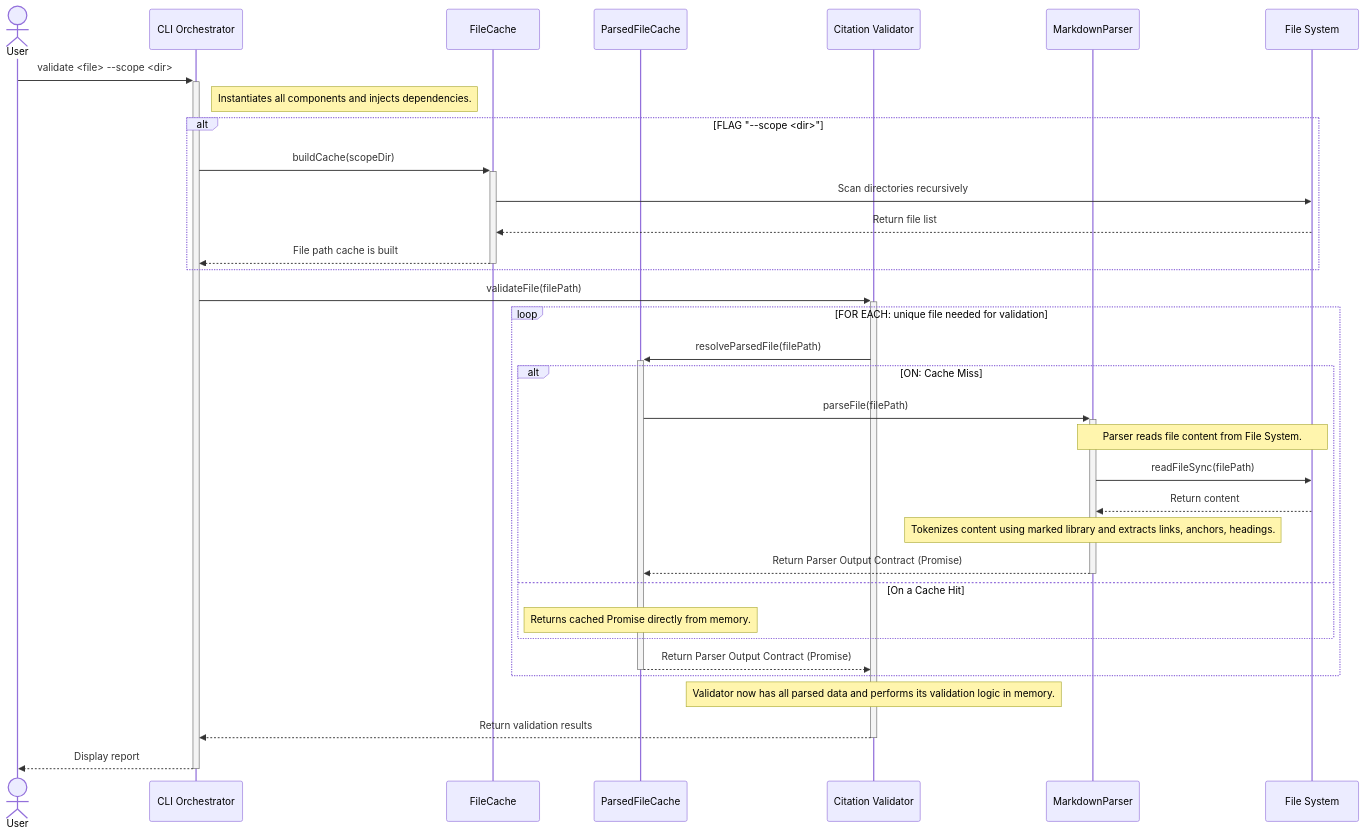
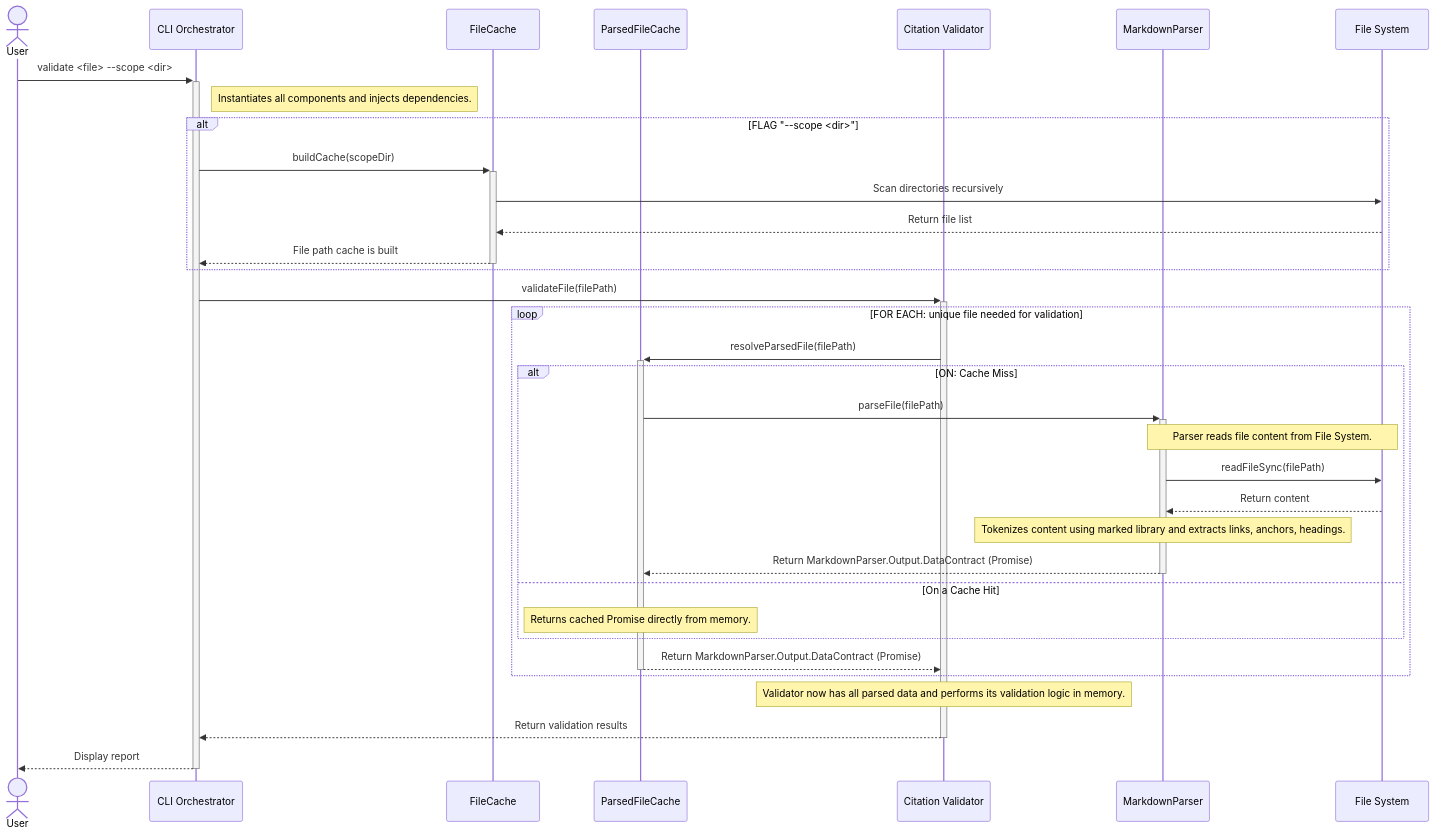
The second of 3 diagrams in tools/citation-manager/design-docs/features/20251003-content-aggregation/content-aggregation-architecture.md (WesleyMFrederick/cc-workflows), drawn with Mermaid before and after one commit. The commit also changed other lines of this file and 46 other files, not shown here.

First line of the commit message:
Standardize MarkdownParser.Output.DataContract terminology and add Epic 2 preparation stories

````diff
--- a/tools/citation-manager/design-docs/features/20251003-content-aggregation/content-aggregation-architecture.md
+++ b/tools/citation-manager/design-docs/features/20251003-content-aggregation/content-aggregation-architecture.md
@@ -234,48 +234,48 @@
 ```mermaid
 sequenceDiagram
     actor User
     participant CLI as CLI Orchestrator
     participant FileCache
     participant ParsedCache as ParsedFileCache
     participant Validator as Citation Validator
     participant Parser as MarkdownParser
     participant FS as File System
 
     User->>+CLI: validate <file> --scope <dir>
 
     note right of CLI: Instantiates all components and injects dependencies.
     
     alt FLAG "--scope <dir>"
         CLI->>+FileCache: buildCache(scopeDir)
         FileCache->>FS: Scan directories recursively
         FS-->>FileCache: Return file list
         FileCache-->>-CLI: File path cache is built
     end
 
     CLI->>+Validator: validateFile(filePath)
 
     loop FOR EACH: unique file needed for validation
         Validator->>+ParsedCache: resolveParsedFile(filePath)
 
         alt ON: Cache Miss
             ParsedCache->>+Parser: parseFile(filePath)
 
             note over Parser, FS: Parser reads file content from File System.
             Parser->>FS: readFileSync(filePath)
             FS-->>Parser: Return content
 
             note over Parser: Tokenizes content using marked library and extracts links, anchors, headings.
 
-            Parser-->>-ParsedCache: Return Parser Output Contract (Promise)
+            Parser-->>-ParsedCache: Return MarkdownParser.Output.DataContract (Promise)
         else On a Cache Hit
             note over ParsedCache: Returns cached Promise directly from memory.
         end
 
-        ParsedCache-->>-Validator: Return Parser Output Contract (Promise)
+        ParsedCache-->>-Validator: Return MarkdownParser.Output.DataContract (Promise)
     end
 
     note over Validator: Validator now has all parsed data and performs its validation logic in memory.
 
     Validator-->>-CLI: Return validation results
     CLI-->>-User: Display report
 ```
````
